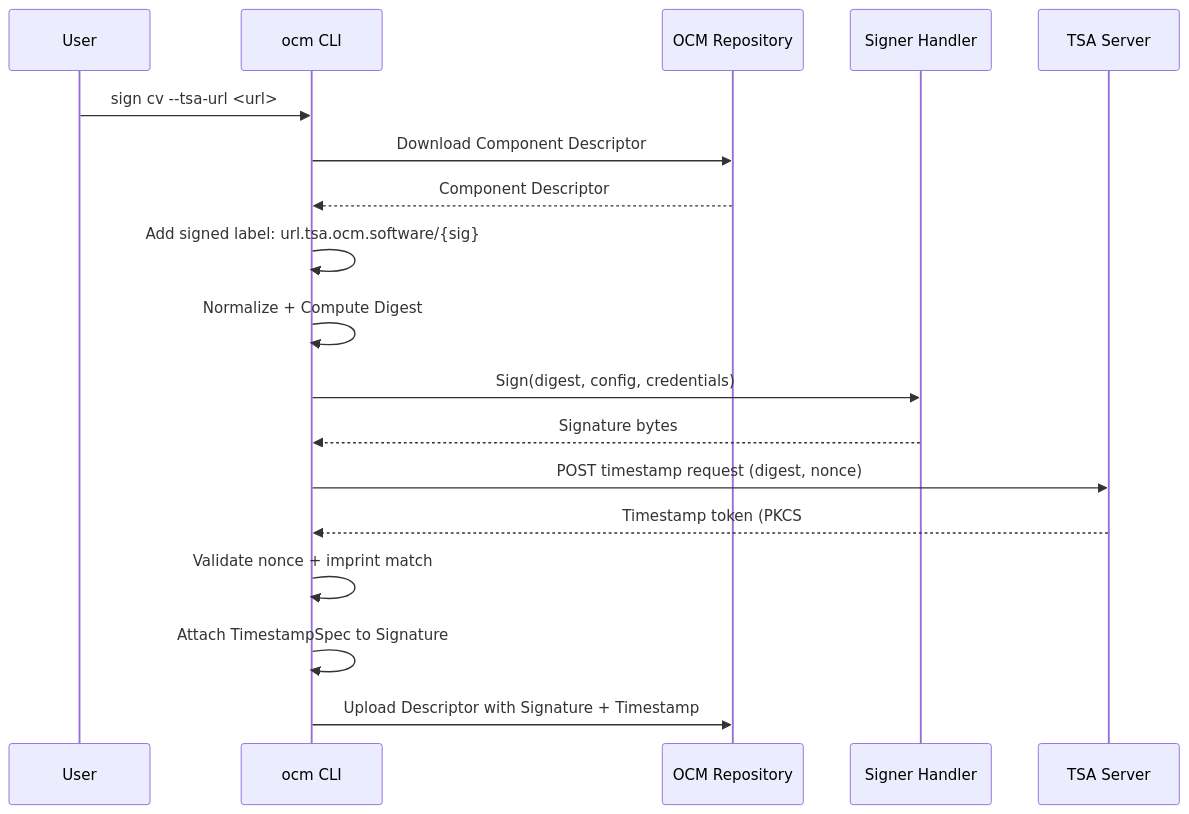
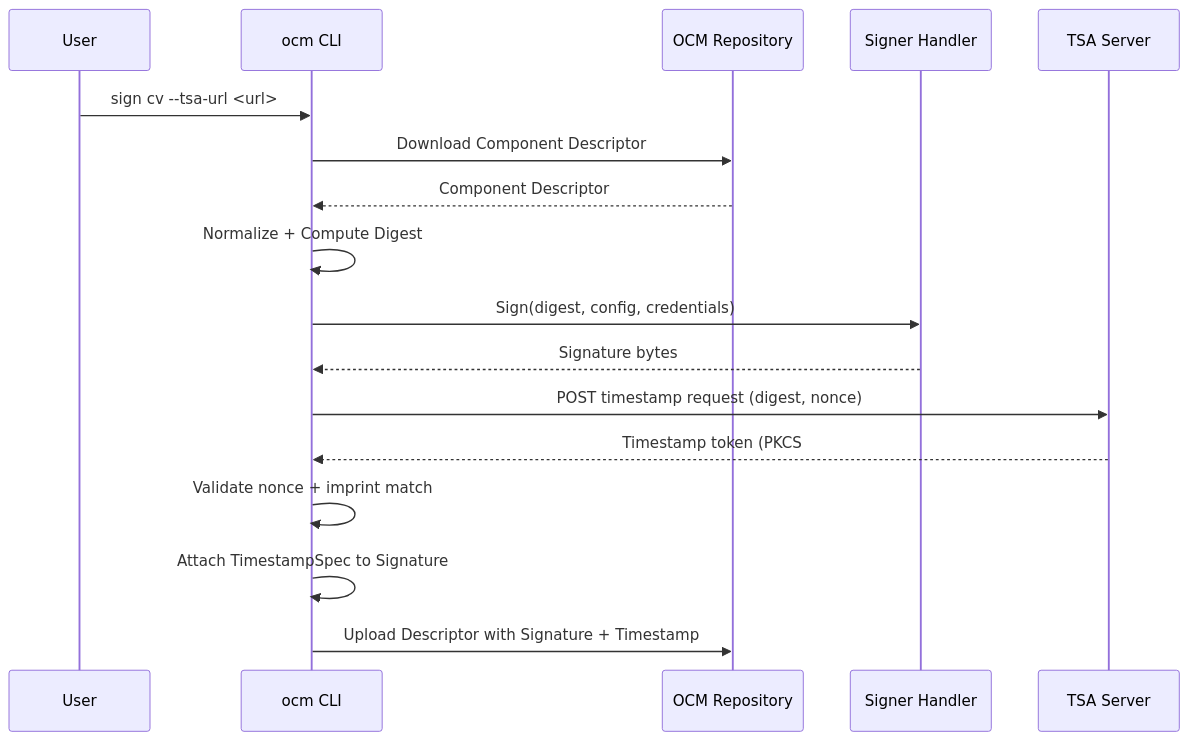
One commit to open-component-model/open-component-model changed the first of 2 diagrams in docs/adr/0032_rfc3161_timestamping.md. Above: the diagram before and after it, drawn with Mermaid. The commit also changed other lines of this file and 15 other files, not shown here.

Commit message:
fix(signing): store TSA URL with the timestamp instead of a signed label

````diff
--- a/docs/adr/0032_rfc3161_timestamping.md
+++ b/docs/adr/0032_rfc3161_timestamping.md
@@ -216,21 +213,20 @@
 ```mermaid
 sequenceDiagram
     participant U as User
     participant CLI as ocm CLI
     participant Repo as OCM Repository
     participant Handler as Signer Handler
     participant TSA as TSA Server
 
     U->>CLI: sign cv --tsa-url <url>
     CLI->>Repo: Download Component Descriptor
     Repo-->>CLI: Component Descriptor
-    CLI->>CLI: Add signed label: url.tsa.ocm.software/{sig}
     CLI->>CLI: Normalize + Compute Digest
     CLI->>Handler: Sign(digest, config, credentials)
     Handler-->>CLI: Signature bytes
     CLI->>TSA: POST timestamp request (digest, nonce)
     TSA-->>CLI: Timestamp token (PKCS#7 SignedData)
     CLI->>CLI: Validate nonce + imprint match
     CLI->>CLI: Attach TimestampSpec to Signature
     CLI->>Repo: Upload Descriptor with Signature + Timestamp
 ```
````
